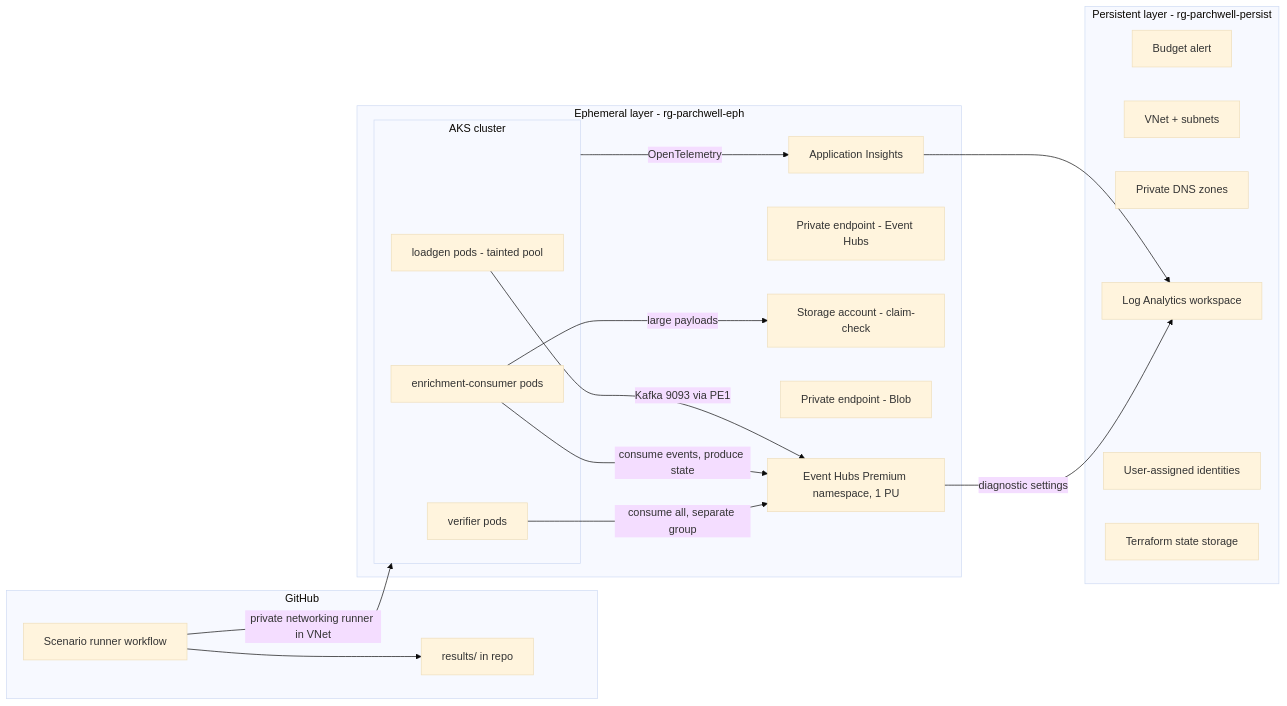
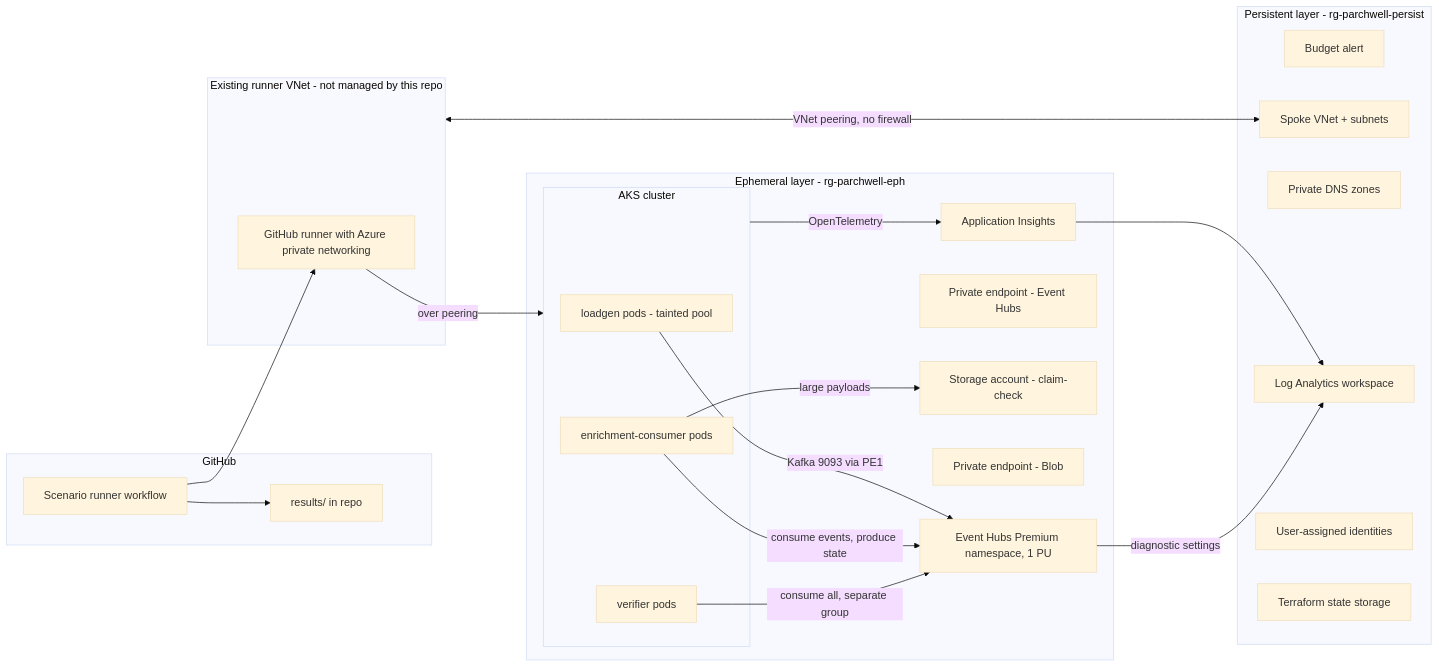
One commit to collaborationwithothers/eventhubs-kafka-dotnet changed the diagram in docs/blueprint.md. Above: the diagram before and after it, drawn with Mermaid (base theme). The commit also changed other lines of this file and 7 other files, not shown here.

````diff
--- a/docs/blueprint.md
+++ b/docs/blueprint.md
@@ -60,36 +60,41 @@
 ```mermaid
 flowchart LR
   subgraph GH[GitHub]
     WF[Scenario runner workflow]
     RES[results/ in repo]
   end
+  subgraph RVN[Existing runner VNet - not managed by this repo]
+    RUN[GitHub runner with Azure private networking]
+  end
   subgraph PERSIST[Persistent layer - rg-parchwell-persist]
     BUD[Budget alert]
-    VNET[VNet + subnets]
+    VNET[Spoke VNet + subnets]
     DNS[Private DNS zones]
     LAW[Log Analytics workspace]
     UAMI[User-assigned identities]
     TFS[Terraform state storage]
   end
   subgraph EPH[Ephemeral layer - rg-parchwell-eph]
     subgraph AKS[AKS cluster]
       LG[loadgen pods - tainted pool]
       EC[enrichment-consumer pods]
       VER[verifier pods]
     end
     EHN[Event Hubs Premium namespace, 1 PU]
     PE1[Private endpoint - Event Hubs]
     BLOB[Storage account - claim-check]
     PE2[Private endpoint - Blob]
     AI[Application Insights]
   end
-  WF -->|private networking runner in VNet| AKS
+  WF --> RUN
+  RVN <-->|VNet peering, no firewall| VNET
+  RUN -->|over peering| AKS
   LG -->|Kafka 9093 via PE1| EHN
   EC -->|consume events, produce state| EHN
   VER -->|consume all, separate group| EHN
   EC -->|large payloads| BLOB
   AKS -->|OpenTelemetry| AI
   AI --> LAW
   EHN -->|diagnostic settings| LAW
   WF --> RES
 ```
````
